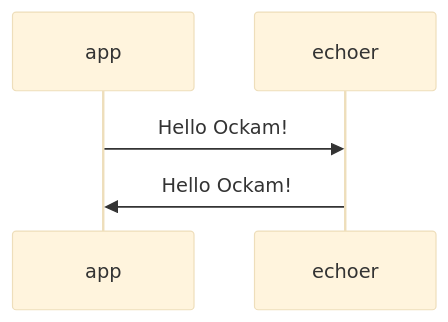
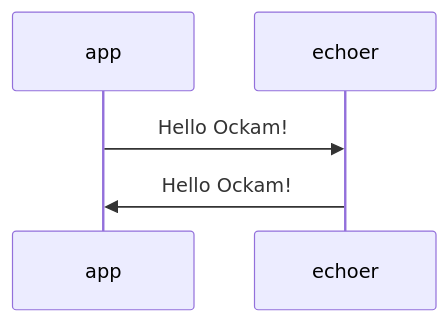
One commit to build-trust/ockam changed the diagram in documentation/guides/rust/get-started/02-worker/sequence.mmd. Above: the diagram before and after it, drawn with Mermaid. The commit also changed 26 other files, not shown here.

Commit message:
docs: improve diagrams in rust get started guide

```diff
--- a/documentation/guides/rust/get-started/02-worker/sequence.mmd
+++ b/documentation/guides/rust/get-started/02-worker/sequence.mmd
@@ -1,4 +1,3 @@
-%%{init: {'theme':'base'}}%%
-  sequenceDiagram
-    app->>echoer: Hello Ockam!
-    echoer->>app: Hello Ockam!
+sequenceDiagram
+  app->>echoer: Hello Ockam!
+  echoer->>app: Hello Ockam!
```
